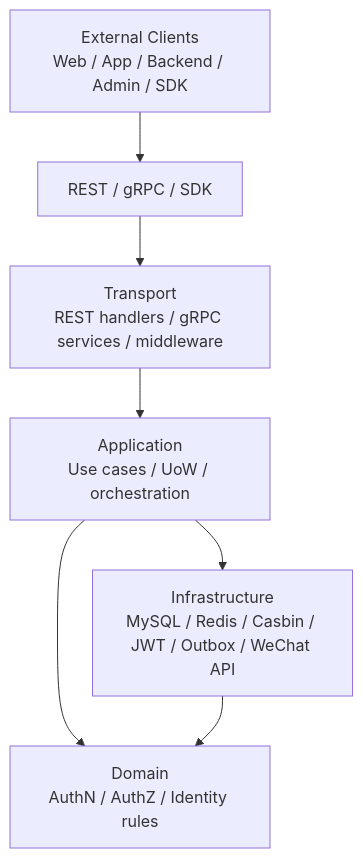
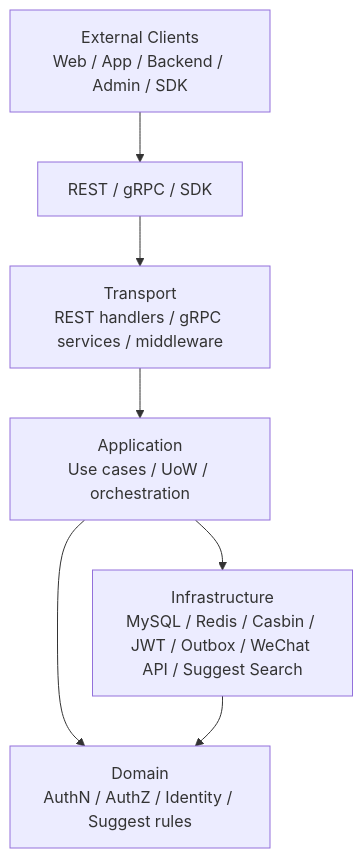
The first of 3 diagrams in README.md (FangcunMount/iam), drawn with Mermaid before and after one commit. The commit also changed other lines of this file and 16 other files, not shown here.

````diff
--- a/README.md
+++ b/README.md
@@ -60,16 +70,16 @@
 ```mermaid
 flowchart TD
     Clients["External Clients<br/>Web / App / Backend / Admin / SDK"]
     Access["REST / gRPC / SDK"]
     Transport["Transport<br/>REST handlers / gRPC services / middleware"]
     Application["Application<br/>Use cases / UoW / orchestration"]
-    Domain["Domain<br/>AuthN / AuthZ / Identity rules"]
-    Infra["Infrastructure<br/>MySQL / Redis / Casbin / JWT / Outbox / WeChat API"]
+    Domain["Domain<br/>AuthN / AuthZ / Identity / Suggest rules"]
+    Infra["Infrastructure<br/>MySQL / Redis / Casbin / JWT / Outbox / WeChat API / Suggest Search"]
 
     Clients --> Access
     Access --> Transport
     Transport --> Application
     Application --> Domain
     Application --> Infra
     Infra --> Domain
 ```
````
